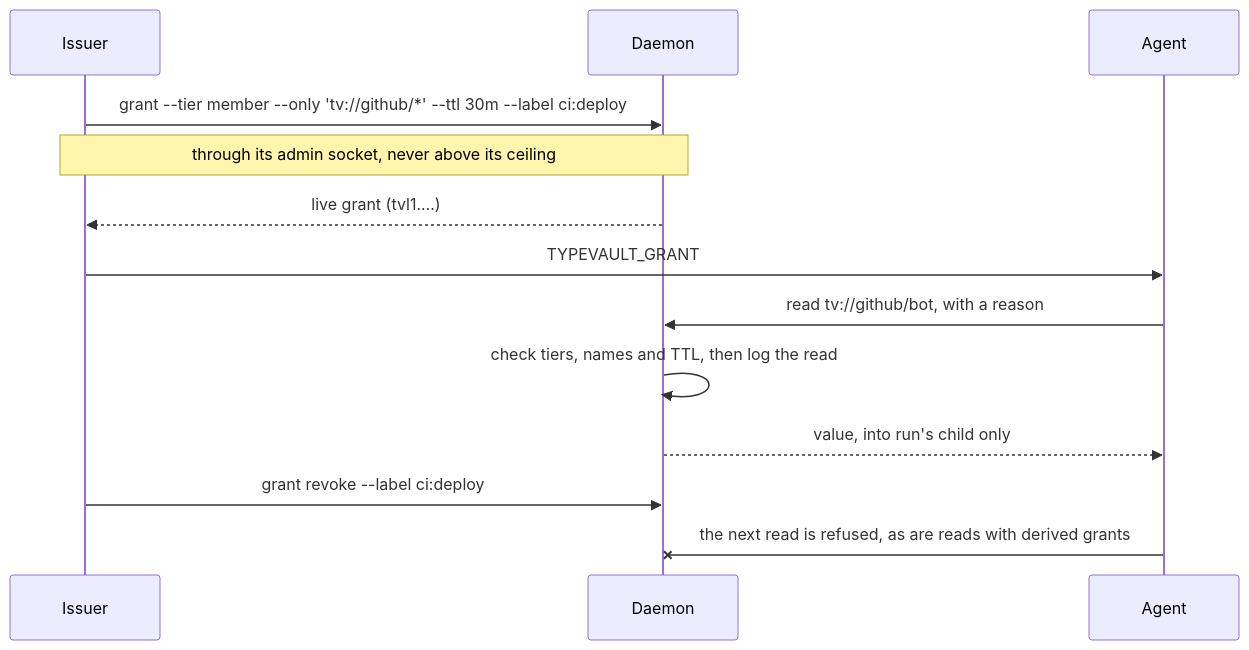
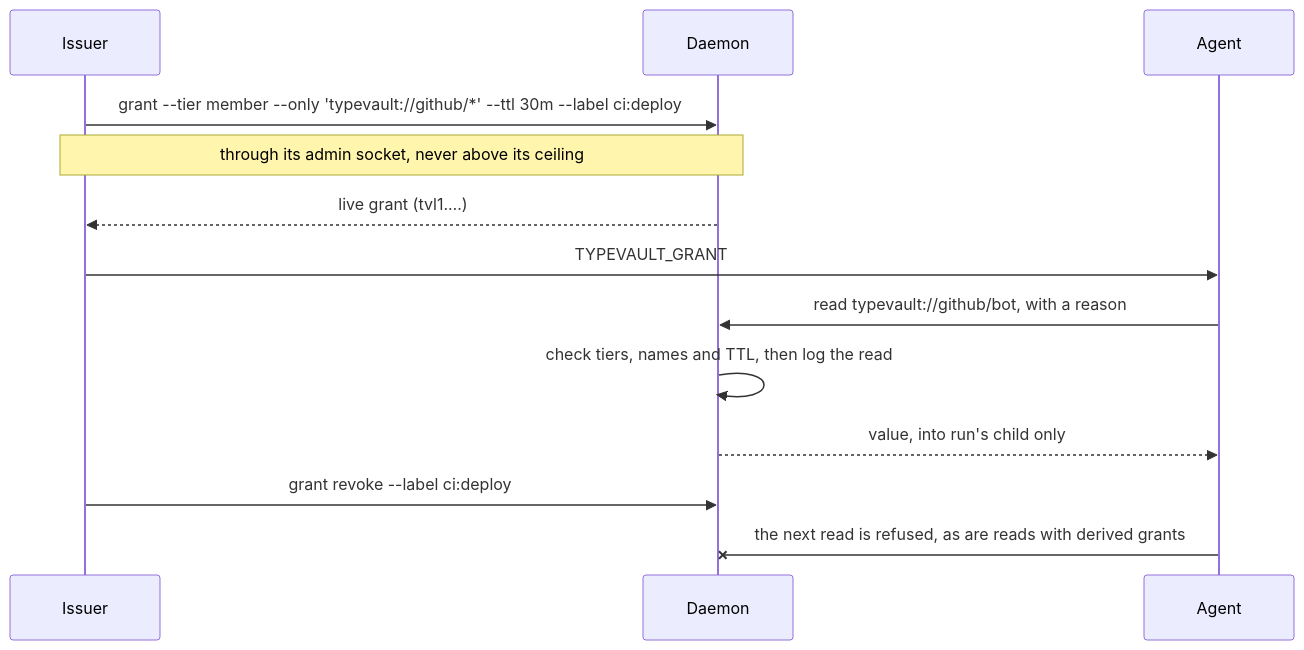
Before and after one commit to typeclaw/typevault: the first of 3 diagrams in README.md, drawn with Mermaid. The commit also changed other lines of this file and 17 other files, not shown here.

First line of the commit message:
naming: make typevault:// the only entry scheme

````diff
--- a/README.md
+++ b/README.md
@@ -60,15 +60,15 @@
 ```mermaid
 sequenceDiagram
   participant I as Issuer
   participant D as Daemon
   participant A as Agent
-  I->>D: grant --tier member --only 'tv://github/*' --ttl 30m --label ci:deploy
+  I->>D: grant --tier member --only 'typevault://github/*' --ttl 30m --label ci:deploy
   Note over I,D: through its admin socket, never above its ceiling
   D-->>I: live grant (tvl1.…)
   I->>A: TYPEVAULT_GRANT
-  A->>D: read tv://github/bot, with a reason
+  A->>D: read typevault://github/bot, with a reason
   D->>D: check tiers, names and TTL, then log the read
   D-->>A: value, into run's child only
   I->>D: grant revoke --label ci:deploy
   A-xD: the next read is refused, as are reads with derived grants
 ```
````
